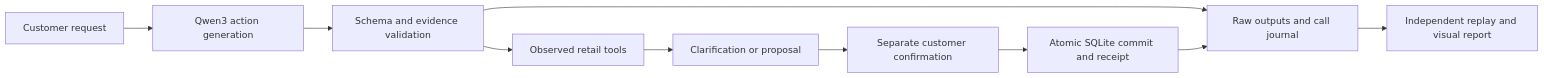
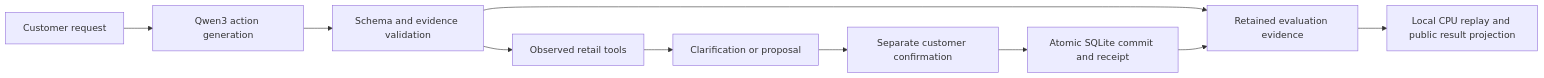
Before and after one commit to xvbohan92-ai/resolvedesk-retail-agent: the diagram in README.md, drawn with Mermaid. The commit also changed other lines of this file and 62 other files, not shown here.

First line of the commit message:
Publish V8 common40 comparison, visual reports, and public CPU checks

````diff
--- a/README.md
+++ b/README.md
@@ -17,12 +65,12 @@
 ```mermaid
 flowchart LR
     U[Customer request] --> A[Qwen3 action generation]
     A --> V[Schema and evidence validation]
     V --> T[Observed retail tools]
     T --> Q[Clarification or proposal]
     Q --> C[Separate customer confirmation]
     C --> S[Atomic SQLite commit and receipt]
-    V --> J[Raw outputs and call journal]
+    V --> J[Retained evaluation evidence]
     S --> J
-    J --> E[Independent replay and visual report]
+    J --> E[Local CPU replay and public result projection]
 ```
````
